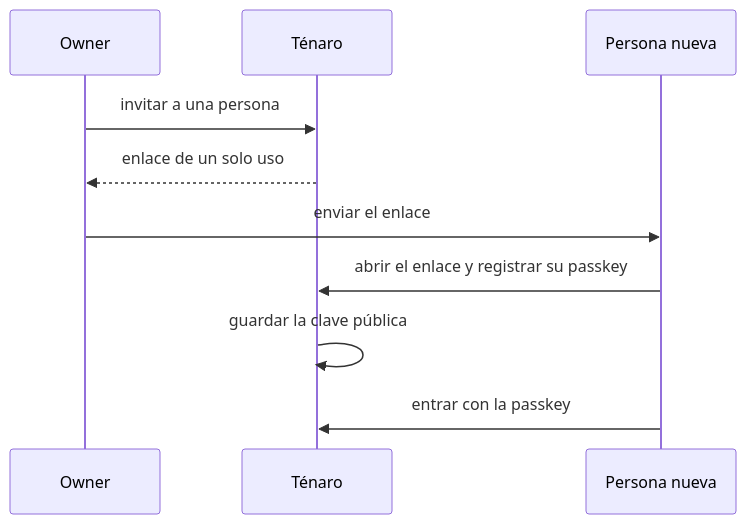
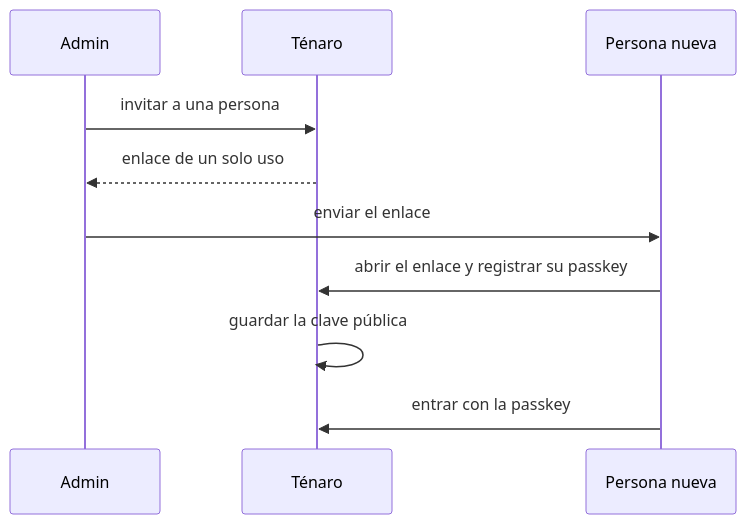
One commit to xandro30/Cerbero changed the second of 2 diagrams in docs/tenaro.md. Above: the diagram before and after it, drawn with Mermaid. The commit also changed other lines of this file and 57 other files, not shown here.

````diff
--- a/docs/tenaro.md
+++ b/docs/tenaro.md
@@ -59,12 +61,12 @@
 ```mermaid
 sequenceDiagram
-    participant O as Owner
+    participant O as Admin
     participant T as Ténaro
     participant N as Persona nueva
     O->>T: invitar a una persona
     T-->>O: enlace de un solo uso
     O->>N: enviar el enlace
     N->>T: abrir el enlace y registrar su passkey
     T->>T: guardar la clave pública
     N->>T: entrar con la passkey
 ```
````
